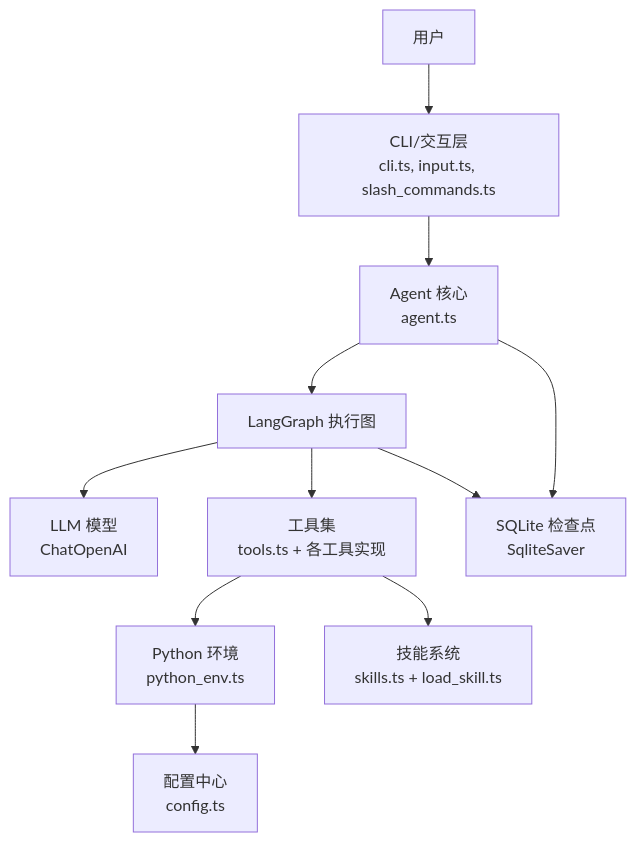
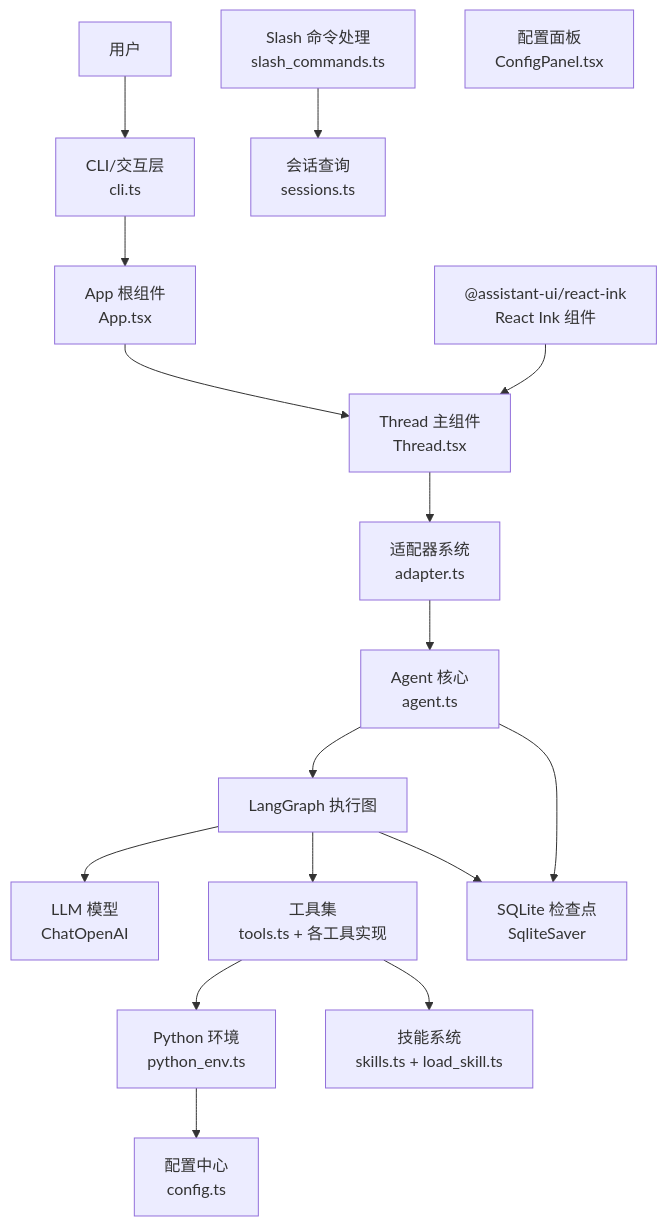
The second of 13 diagrams in .qoder/repowiki/zh/content/核心架构/核心架构.md (HAOFUYANG/onion-code), drawn with Mermaid before and after one commit. The commit also changed other lines of this file and 13 other files, not shown here.

````diff
--- a/.qoder/repowiki/zh/content/核心架构/核心架构.md
+++ b/.qoder/repowiki/zh/content/核心架构/核心架构.md
@@ -154,22 +184,32 @@
 ```mermaid
 graph TB
 User["用户"]
-CLI["CLI/交互层<br/>cli.ts, input.ts, slash_commands.ts"]
+CLI["CLI/交互层<br/>cli.ts"]
+App["App 根组件<br/>App.tsx"]
+Thread["Thread 主组件<br/>Thread.tsx"]
+Adapter["适配器系统<br/>adapter.ts"]
 Agent["Agent 核心<br/>agent.ts"]
 Graph["LangGraph 执行图"]
 Tools["工具集<br/>tools.ts + 各工具实现"]
 Skills["技能系统<br/>skills.ts + load_skill.ts"]
+SlashCmd["Slash 命令处理<br/>slash_commands.ts"]
+Sessions["会话查询<br/>sessions.ts"]
 Checkpoint["SQLite 检查点<br/>SqliteSaver"]
 Model["LLM 模型<br/>ChatOpenAI"]
+AssistantUI["@assistant-ui/react-ink<br/>React Ink 组件"]
 PyEnv["Python 环境<br/>python_env.ts"]
 Config["配置中心<br/>config.ts"]
-User --> CLI --> Agent
+ConfigPanel["配置面板<br/>ConfigPanel.tsx"]
+User --> CLI --> App --> Thread --> Adapter
+Adapter --> Agent
 Agent --> Graph
 Graph --> Model
 Graph --> Tools
 Tools --> PyEnv
 Tools --> Skills
 Graph --> Checkpoint
 Agent --> Checkpoint
+SlashCmd --> Sessions
+AssistantUI --> Thread
 PyEnv --> Config
 ```
````
